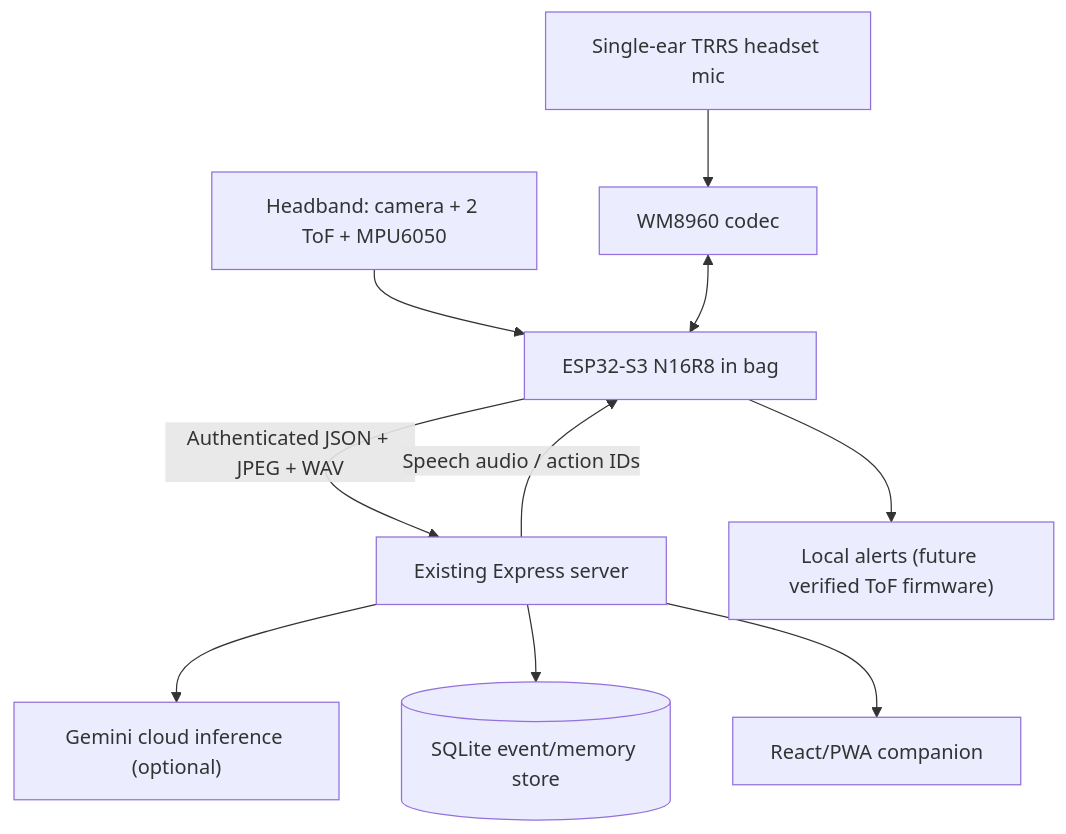
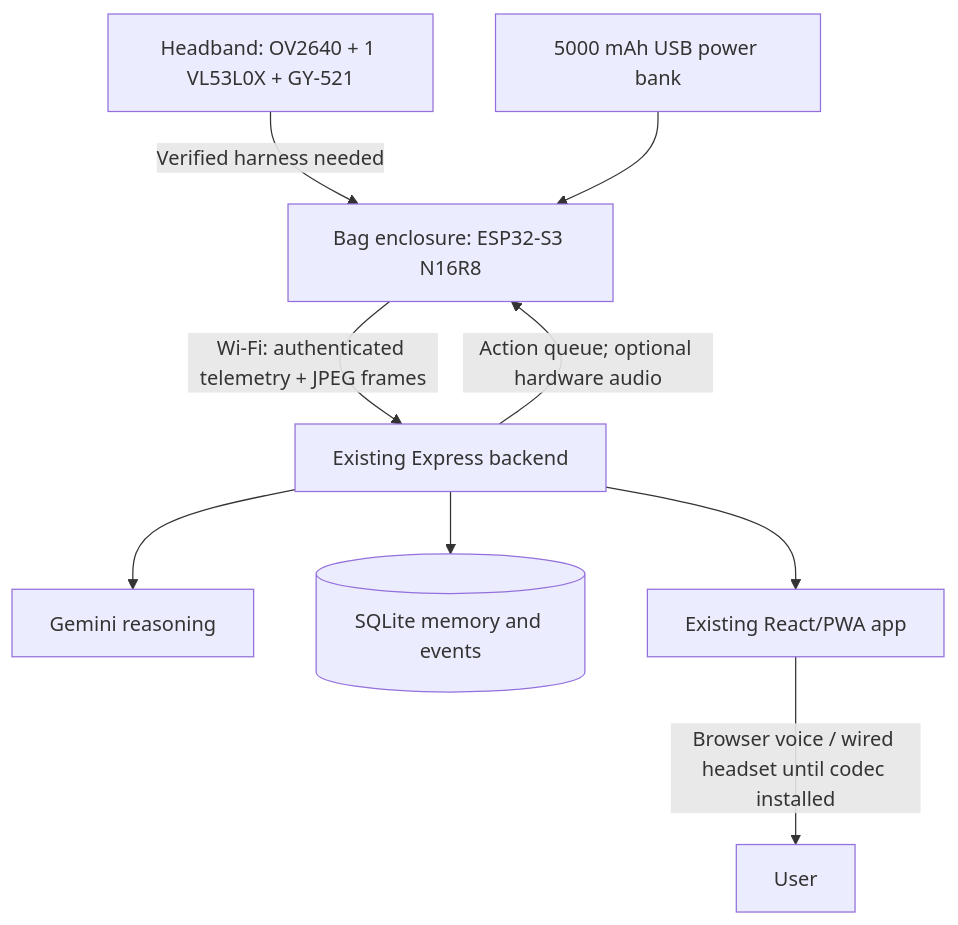
Before and after one commit to makamsrujan/Sentra_EL: the diagram in docs/hardware-integration/architecture.md, drawn with Mermaid. The commit also changed other lines of this file, not shown here.

Commit message:
docs: align integration contract with actual single-ToF ESP32 wearable

````diff
--- a/docs/hardware-integration/architecture.md
+++ b/docs/hardware-integration/architecture.md
@@ -3,12 +11,11 @@
 ```mermaid
 flowchart TD
-  H["Headband: camera + 2 ToF + MPU6050"] --> E["ESP32-S3 N16R8 in bag"]
-  MIC["Single-ear TRRS headset mic"] --> CODEC["WM8960 codec"]
-  CODEC <--> E
-  E -->|"Authenticated JSON + JPEG + WAV"| B["Existing Express server"]
-  B --> G["Gemini cloud inference (optional)"]
-  B --> DB[("SQLite event/memory store")]
-  B --> UI["React/PWA companion"]
-  B -->|"Speech audio / action IDs"| E
-  E --> A["Local alerts (future verified ToF firmware)"]
+  H["Headband: OV2640 + 1 VL53L0X + GY-521"] -->|"Verified harness needed"| E["Bag enclosure: ESP32-S3 N16R8"]
+  P["5000 mAh USB power bank"] --> E
+  E -->|"Wi-Fi: authenticated telemetry + JPEG frames"| B["Existing Express backend"]
+  B --> G["Gemini reasoning"]
+  B --> DB[("SQLite memory and events")]
+  B --> UI["Existing React/PWA app"]
+  UI -->|"Browser voice / wired headset until codec installed"| U["User"]
+  B -->|"Action queue; optional hardware audio"| E
 ```
````
